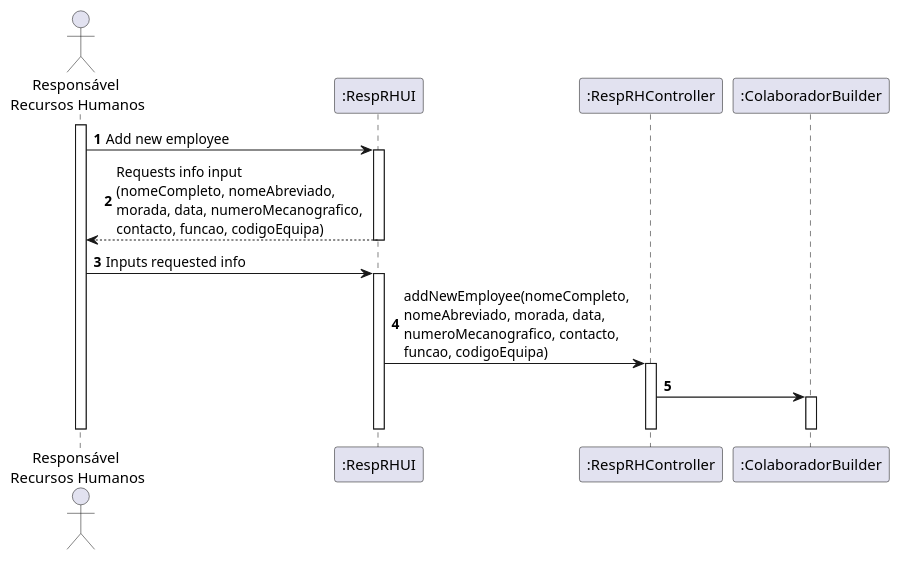
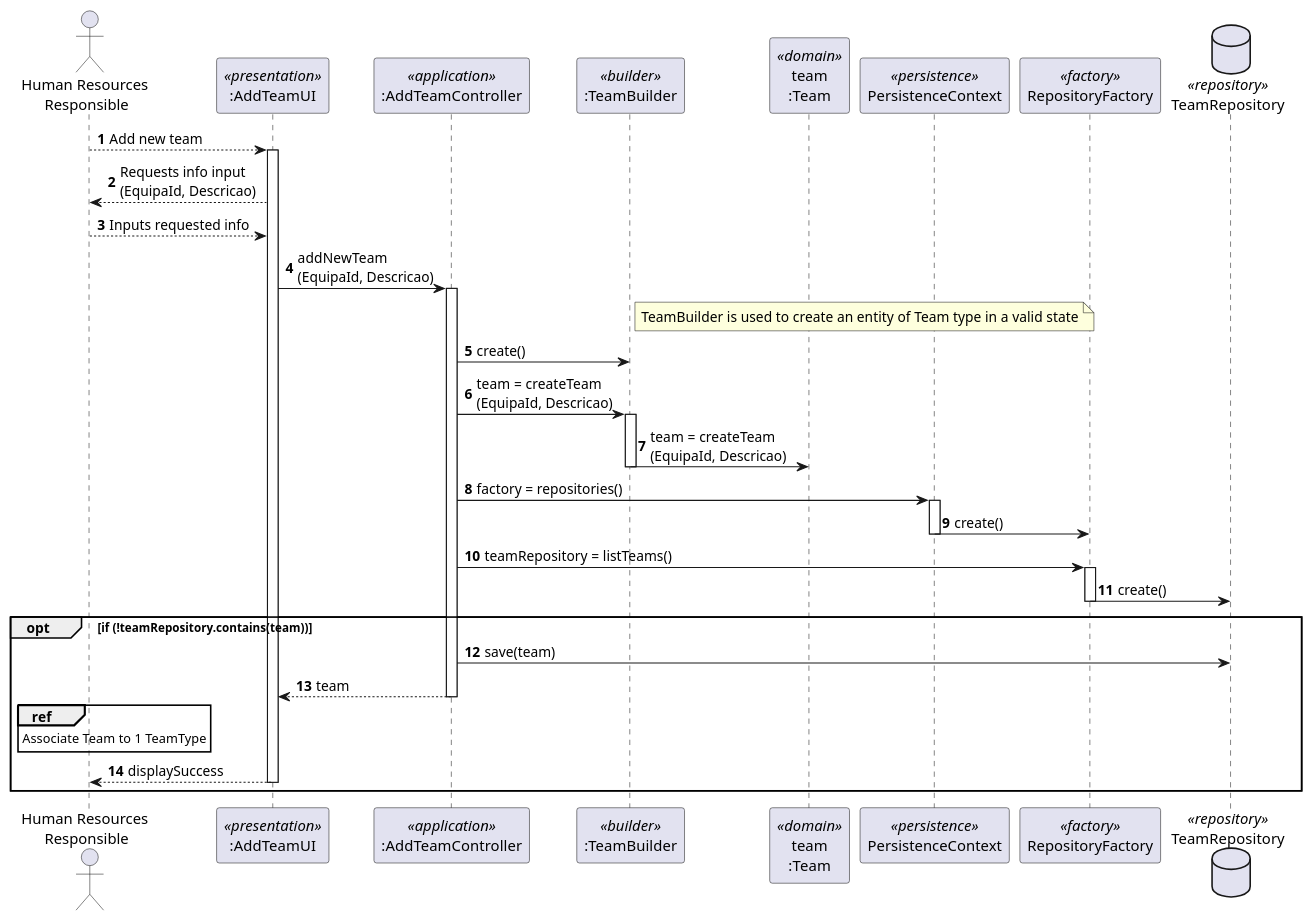
The diagram in docs/1191513/US2052/SD_US2052.puml (Joao-PP-Alves/isep-lapr4), drawn with PlantUML before and after one commit. The commit also changed 6 other files, not shown here.

```diff
--- a/docs/1191513/US2052/SD_US2052.puml
+++ b/docs/1191513/US2052/SD_US2052.puml
@@ -1,32 +1,54 @@
 @startuml
 autonumber
 
-actor "Responsável \nRecursos Humanos" as RRH
-participant ":RespRHUI" as RRHUI
-participant ":RespRHController" as RRHCTRL
-participant ":ColaboradorBuilder" as COLABBUILDER
-
-activate RRH
-RRH -> RRHUI : Add new employee
-activate RRHUI
-RRHUI --> RRH : Requests info input \n(nomeCompleto, nomeAbreviado, \nmorada, data, numeroMecanografico, \ncontacto, funcao, codigoEquipa)
-deactivate RRHUI
-
-RRH -> RRHUI : Inputs requested info
-activate RRHUI
-RRHUI -> RRHCTRL : addNewEmployee(nomeCompleto, \nnomeAbreviado, morada, data, \nnumeroMecanografico, contacto, \nfuncao, codigoEquipa)
-activate RRHCTRL
-RRHCTRL -> COLABBUILDER
-activate COLABBUILDER
-
-deactivate COLABBUILDER
-
-deactivate RRHCTRL
+actor "Human Resources \nResponsible" as HRR
+participant ":AddTeamUI" as ADDTEAMUI <<presentation>>
+participant ":AddTeamController" as ADDTEAMCTRL <<application>>
+participant ":TeamBuilder" as TEAMBUILDER <<builder>>
+participant "team\n:Team" as TEAM <<domain>>
+participant PersistenceContext as Persistence <<persistence>>
+participant RepositoryFactory as Factory <<factory>>
+database TeamRepository as Repository <<repository>>
 
 
-deactivate RRHUI
-deactivate RRH
+HRR --> ADDTEAMUI : Add new team
+activate ADDTEAMUI
+ADDTEAMUI --> HRR : Requests info input \n(EquipaId, Descricao)
 
+HRR --> ADDTEAMUI : Inputs requested info
 
+ADDTEAMUI -> ADDTEAMCTRL : addNewTeam\n(EquipaId, Descricao)
+note right of TEAMBUILDER:TeamBuilder is used to create an entity of Team type in a valid state
+activate ADDTEAMCTRL
+ADDTEAMCTRL -> TEAMBUILDER : create()
+ADDTEAMCTRL -> TEAMBUILDER : team = createTeam\n(EquipaId, Descricao)
+
+activate TEAMBUILDER
+TEAMBUILDER -> TEAM : team = createTeam\n(EquipaId, Descricao)
+deactivate TEAMBUILDER
+
+ADDTEAMCTRL -> Persistence : factory = repositories()
+activate Persistence
+Persistence -> Factory : create()
+deactivate Persistence
+
+ADDTEAMCTRL -> Factory : teamRepository = listTeams()
+activate Factory
+Factory -> Repository : create()
+deactivate Factory
+
+opt if (!teamRepository.contains(team))
+ADDTEAMCTRL -> Repository : save(team)
+
+ADDTEAMCTRL --> ADDTEAMUI : team
+deactivate TEAMBUILDER
+deactivate ADDTEAMCTRL
+
+ref over HRR
+Associate Team to 1 TeamType
+end ref
+ADDTEAMUI --> HRR : displaySuccess
+deactivate ADDTEAMUI
+end opt
 
 @enduml
```
